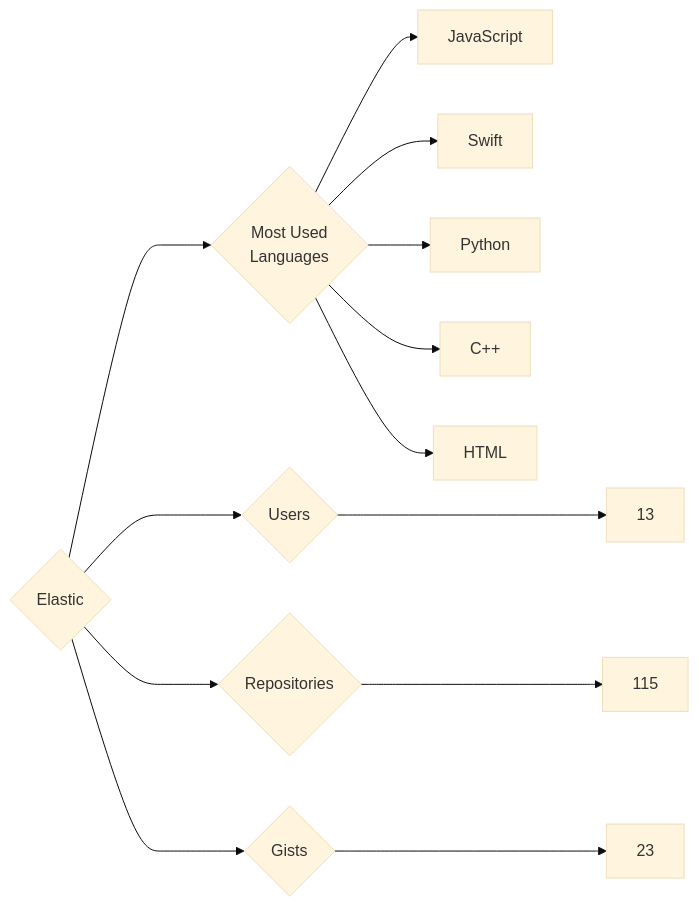
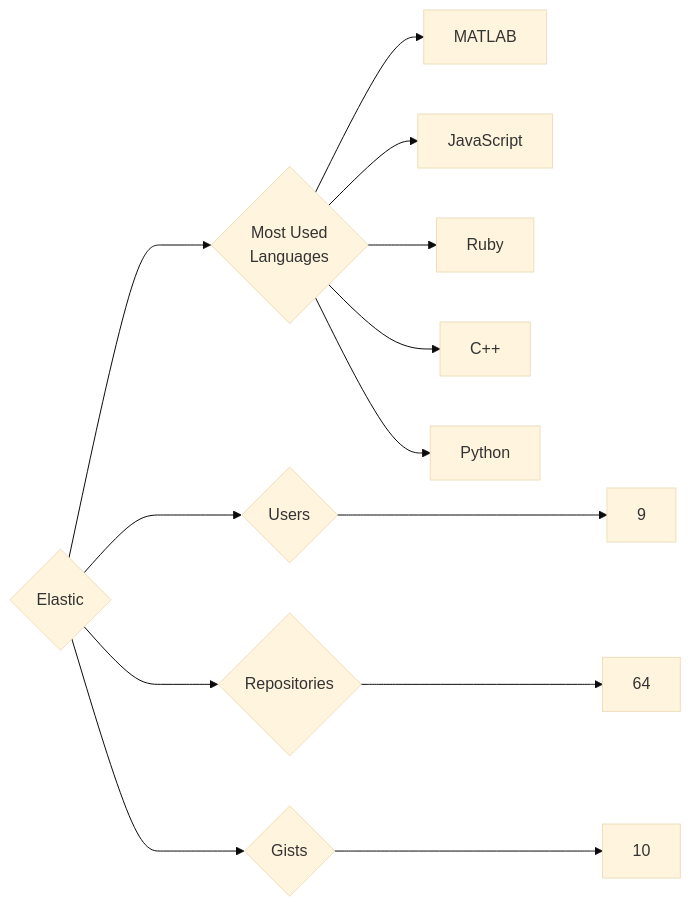
One commit to trickest/insiders changed the diagram in targets/Elastic/README.md. Above: the diagram before and after it, drawn with Mermaid (base theme). The commit also changed 1212 other files, not shown here.

````diff
--- a/targets/Elastic/README.md
+++ b/targets/Elastic/README.md
@@ -3,13 +3,13 @@
 ```mermaid
 graph LR
 COMPANY_NAME{Elastic}
-COMPANY_NAME ---> U{Users} ---> UN[13]
-COMPANY_NAME ---> R{Repositories} ---> RN[115]
-COMPANY_NAME ---> G{Gists} ---> GN[23]
+COMPANY_NAME ---> U{Users} ---> UN[9]
+COMPANY_NAME ---> R{Repositories} ---> RN[64]
+COMPANY_NAME ---> G{Gists} ---> GN[10]
 COMPANY_NAME ---> ML{Most Used<br>Languages}
+ML --> MATLAB[MATLAB]
 ML --> JavaScript[JavaScript]
-ML --> Swift[Swift]
+ML --> Ruby[Ruby]
+ML --> C++[C++]
 ML --> Python[Python]
-ML --> C++[C++]
-ML --> HTML[HTML]
 ```
````
